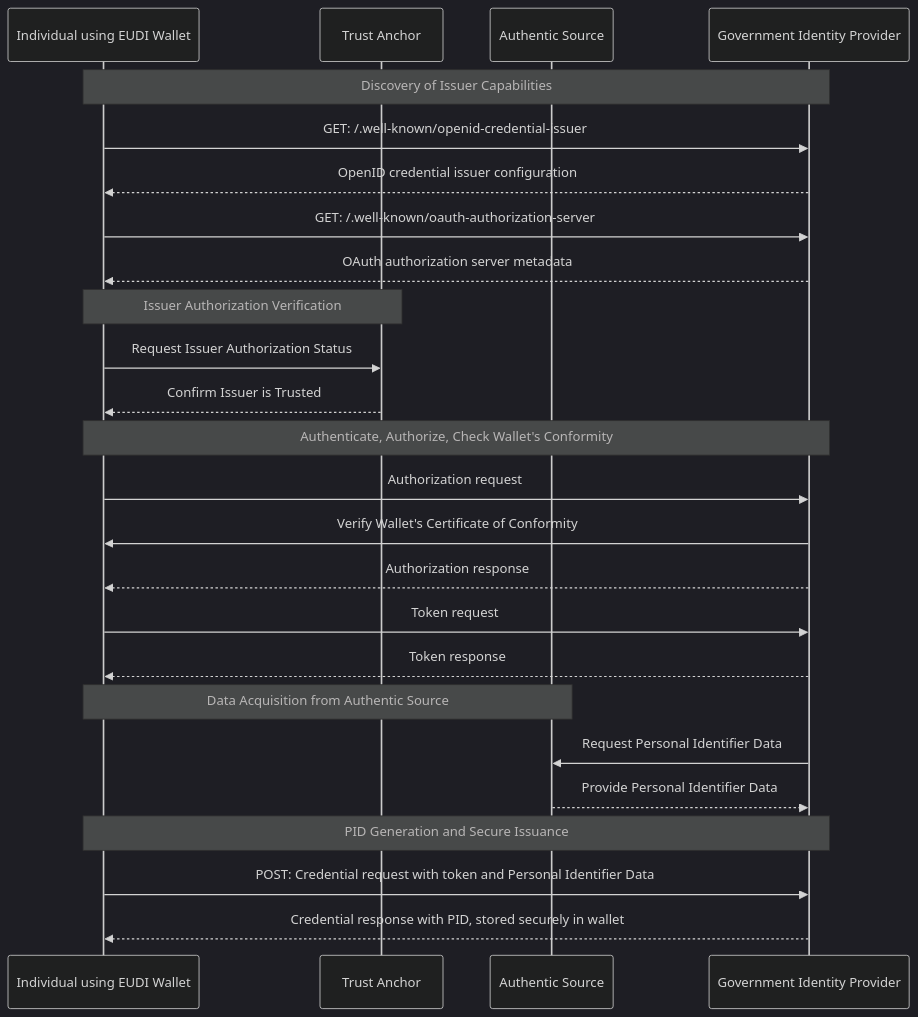
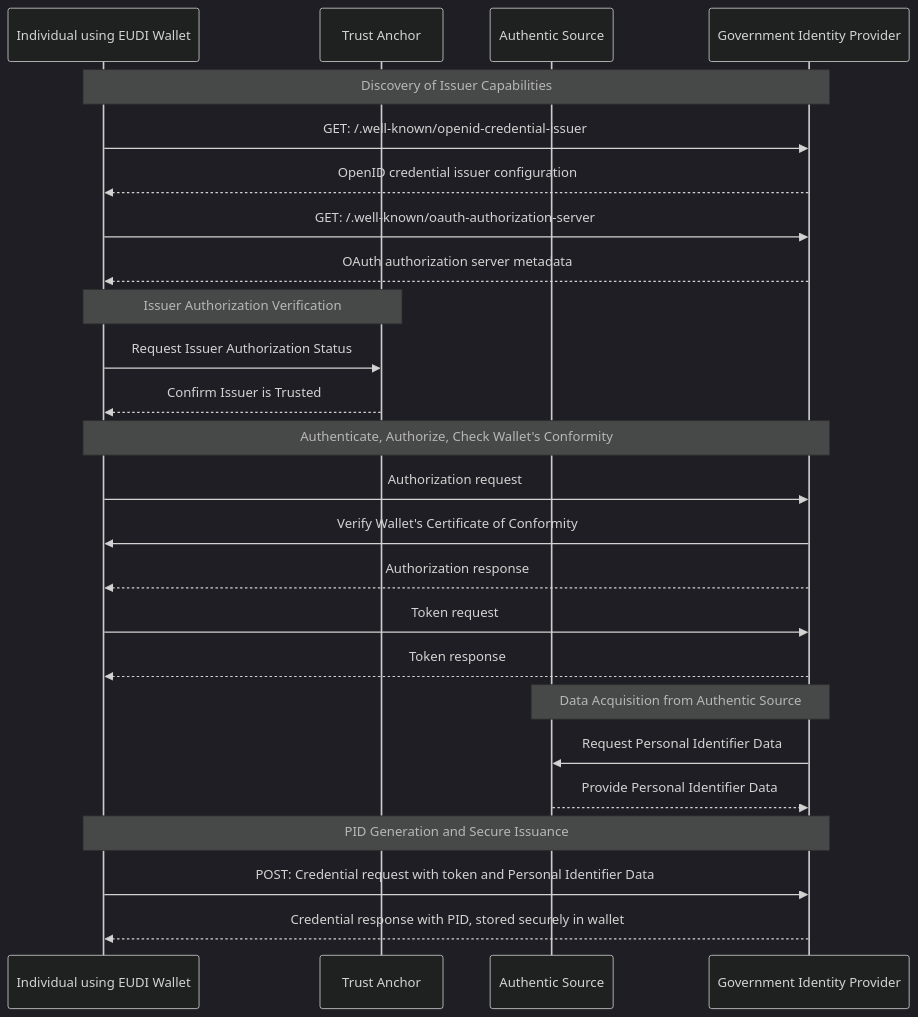
One commit to matteo-ms/eudi-wallet-rfcs changed the diagram in ewc-rfc003-issue-PID.md. Above: the diagram before and after it, drawn with Mermaid (dark theme).

````diff
--- a/ewc-rfc003-issue-PID.md
+++ b/ewc-rfc003-issue-PID.md
@@ -62,34 +62,34 @@
 ```mermaid
   sequenceDiagram
     participant I as Individual using EUDI Wallet
     participant TA as Trust Anchor
     participant AS as Authentic Source
     participant O as Government Identity Provider
     
     Note over I,O: Discovery of Issuer Capabilities 
     I->>O: GET: /.well-known/openid-credential-issuer
     O-->>I: OpenID credential issuer configuration
     I->>O: GET: /.well-known/oauth-authorization-server
     O-->>I: OAuth authorization server metadata
         
     Note over I,TA: Issuer Authorization Verification
     I->>TA: Request Issuer Authorization Status
     TA-->>I: Confirm Issuer is Trusted
     
     Note over I,O: Authenticate, Authorize, Check Wallet's Conformity
     I->>O: Authorization request
     O->>I: Verify Wallet's Certificate of Conformity
     O-->>I: Authorization response 
     I->>O: Token request
     O-->>I: Token response
     
-        Note over I,AS: Data Acquisition from Authentic Source
+    Note over O,AS: Data Acquisition from Authentic Source
     O->>AS: Request Personal Identifier Data
     AS-->>O: Provide Personal Identifier Data
 
     
     Note over I,O: PID Generation and Secure Issuance
     I->>O: POST: Credential request with token and Personal Identifier Data
     O-->>I: Credential response with PID, stored securely in wallet
 
 ```
````
